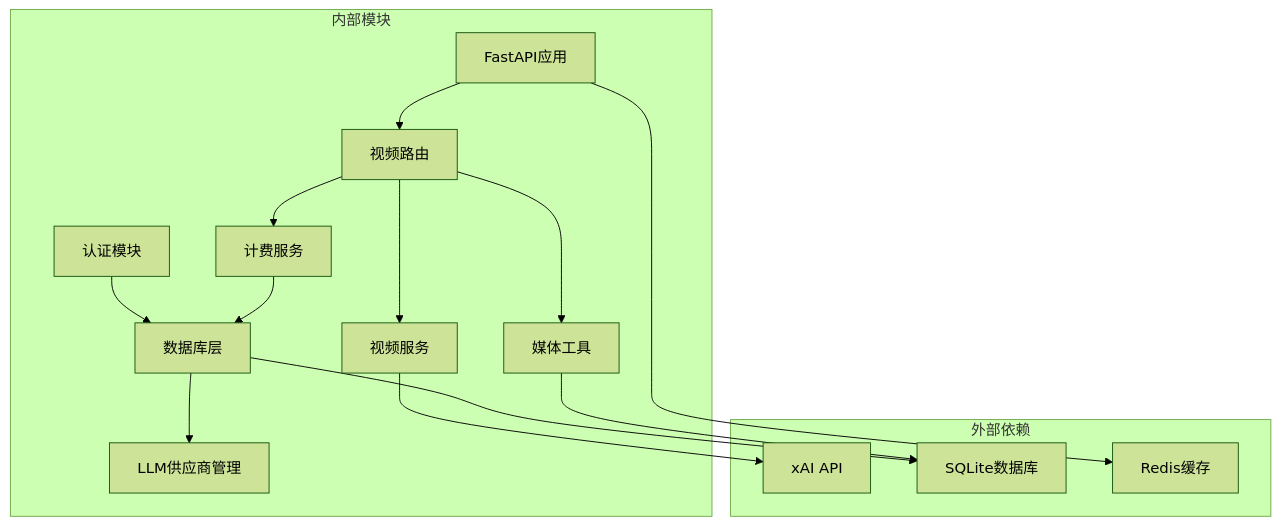
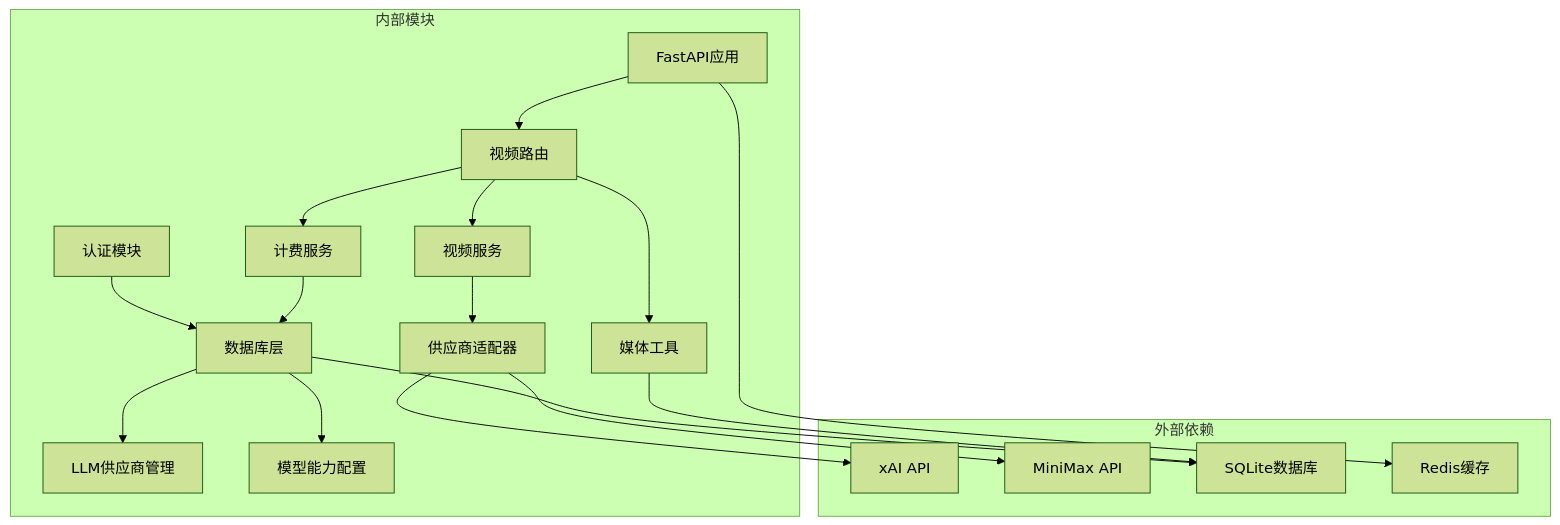
One commit to KunLabAI/KunFlix changed diagram 11 of 12 in .qoder/repowiki/zh/content/API接口文档/视频生成API文档.md. Above: the diagram before and after it, drawn with Mermaid (forest theme). The commit also changed other lines of this file and 10 other files, not shown here.

````diff
--- a/.qoder/repowiki/zh/content/API接口文档/视频生成API文档.md
+++ b/.qoder/repowiki/zh/content/API接口文档/视频生成API文档.md
@@ -553,29 +699,35 @@
 ```mermaid
 graph TB
 subgraph "外部依赖"
 A[xAI API]
-B[SQLite数据库]
-C[Redis缓存]
+B[MiniMax API]
+C[SQLite数据库]
+D[Redis缓存]
 end
 subgraph "内部模块"
-D[FastAPI应用]
-E[视频路由]
-F[视频服务]
-G[计费服务]
-H[媒体工具]
-I[认证模块]
-J[数据库层]
-K[LLM供应商管理]
+E[FastAPI应用]
+F[视频路由]
+G[视频服务]
+H[计费服务]
+I[媒体工具]
+J[认证模块]
+K[数据库层]
+L[LLM供应商管理]
+M[供应商适配器]
+N[模型能力配置]
 end
-D --> E
 E --> F
-E --> G
-E --> H
-F --> A
-G --> J
-H --> B
-I --> J
-J --> B
+F --> G
+F --> H
+F --> I
+G --> M
+M --> A
+M --> B
+H --> K
+I --> C
 J --> K
-D --> C
+K --> C
+K --> L
+K --> N
+E --> D
 ```
````
